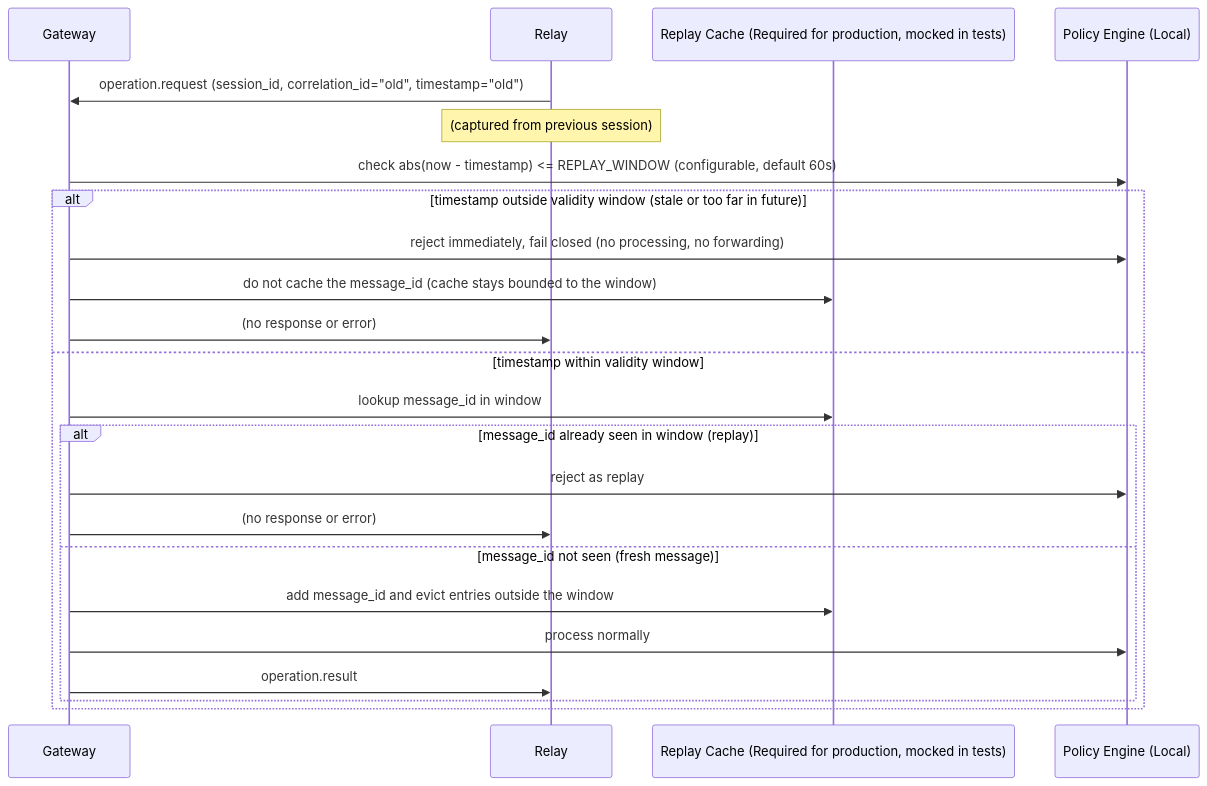
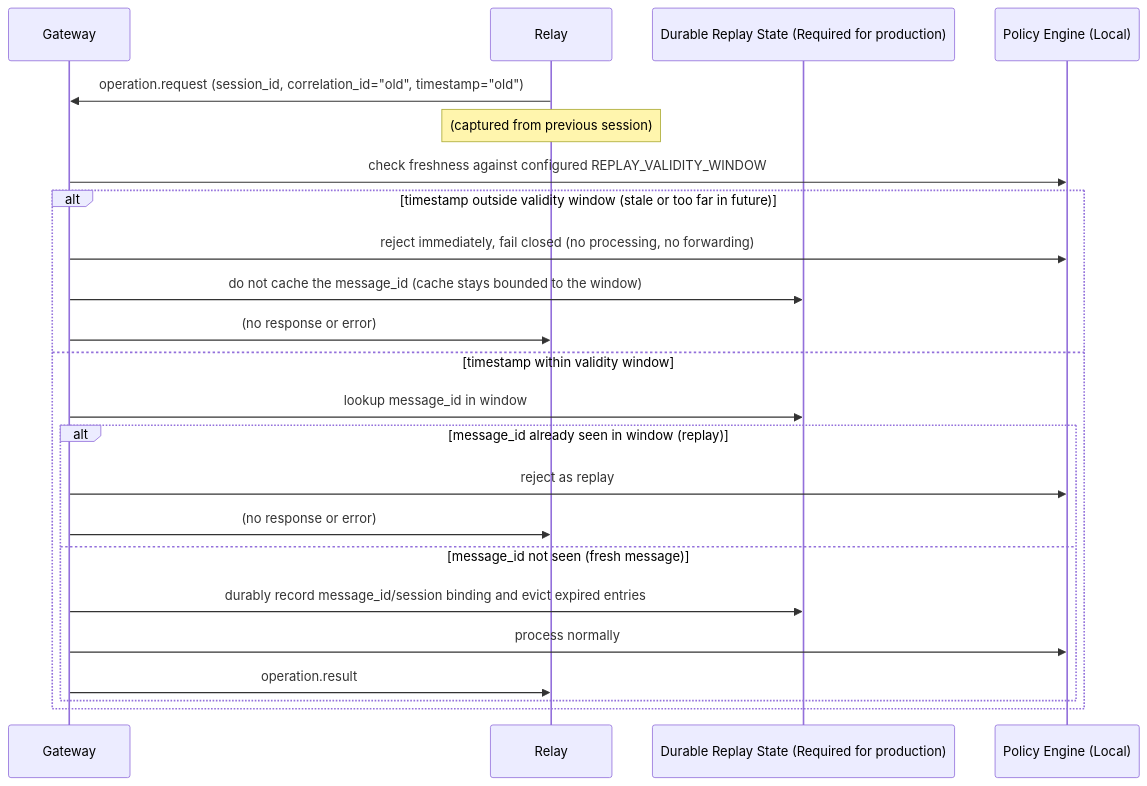
Before and after one commit to oaslananka/kicad-mcp-pro-gateway: the fifth of 8 diagrams in docs/security/sequence-diagrams.md, drawn with Mermaid. The commit also changed other lines of this file and 15 other files, not shown here.

````diff
--- a/docs/security/sequence-diagrams.md
+++ b/docs/security/sequence-diagrams.md
@@ -124,26 +124,26 @@
 ```mermaid
 sequenceDiagram
     participant Gateway
     participant Relay
-    participant ReplayCache as Replay Cache (Required for production, mocked in tests)
+    participant ReplayCache as Durable Replay State (Required for production)
     participant PolicyEngine as Policy Engine (Local)
 
     Relay->>Gateway: operation.request (session_id, correlation_id="old", timestamp="old")
     Note over Relay: (captured from previous session)
-    Gateway->>PolicyEngine: check abs(now - timestamp) <= REPLAY_WINDOW (configurable, default 60s)
+    Gateway->>PolicyEngine: check freshness against configured REPLAY_VALIDITY_WINDOW
     alt timestamp outside validity window (stale or too far in future)
         Gateway->>PolicyEngine: reject immediately, fail closed (no processing, no forwarding)
         Gateway->>ReplayCache: do not cache the message_id (cache stays bounded to the window)
         Gateway->>Relay: (no response or error)
     else timestamp within validity window
         Gateway->>ReplayCache: lookup message_id in window
         alt message_id already seen in window (replay)
             Gateway->>PolicyEngine: reject as replay
             Gateway->>Relay: (no response or error)
         else message_id not seen (fresh message)
-            Gateway->>ReplayCache: add message_id and evict entries outside the window
+            Gateway->>ReplayCache: durably record message_id/session binding and evict expired entries
             Gateway->>PolicyEngine: process normally
             Gateway->>Relay: operation.result
         end
     end
 ```
````
